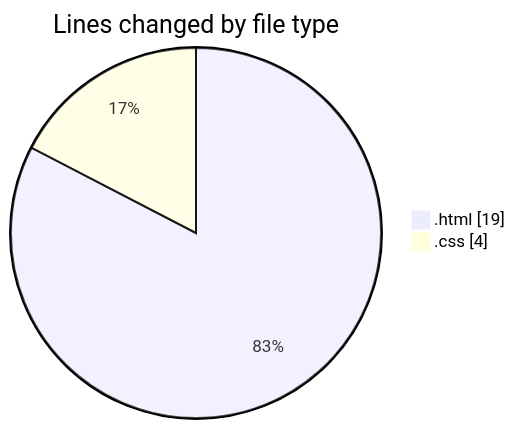
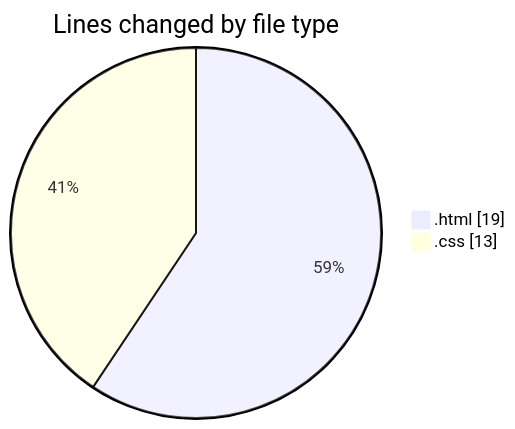
Before and after one commit to robertbonfada/code-tracking: the first of 2 diagrams in 2025-01-10/primeiro-site/README.md, drawn with Mermaid. The commit also changed other lines of this file and 1 other file, not shown here.

````diff
--- a/2025-01-10/primeiro-site/README.md
+++ b/2025-01-10/primeiro-site/README.md
@@ -22,6 +22,6 @@
 ```mermaid
 pie showData
 title Lines changed by file type
 ".html" : 19
-".css" : 4
+".css" : 13
 ```
````
